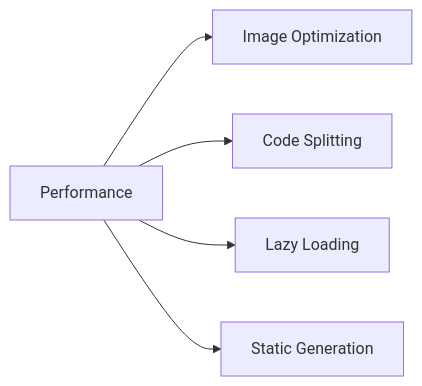
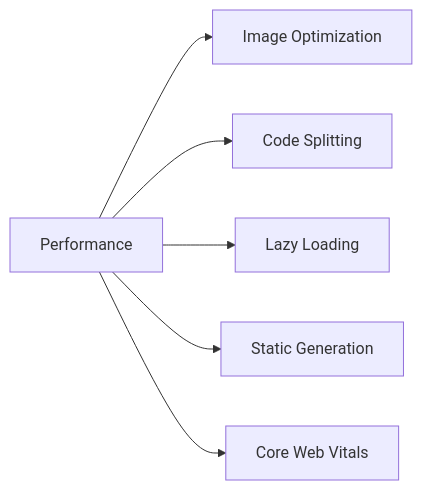
Before and after one commit to tophbuddy/my-professional-portfolio: the third of 3 diagrams in docs/ARCHITECTURE.md, drawn with Mermaid. The commit also changed other lines of this file and 59 other files, not shown here.

````diff
--- a/docs/ARCHITECTURE.md
+++ b/docs/ARCHITECTURE.md
@@ -32,7 +80,8 @@
 ```mermaid
 graph LR
     A[Performance] --> B[Image Optimization]
     A --> C[Code Splitting]
     A --> D[Lazy Loading]
     A --> E[Static Generation]
+    A --> F[Core Web Vitals]
 ```
````
